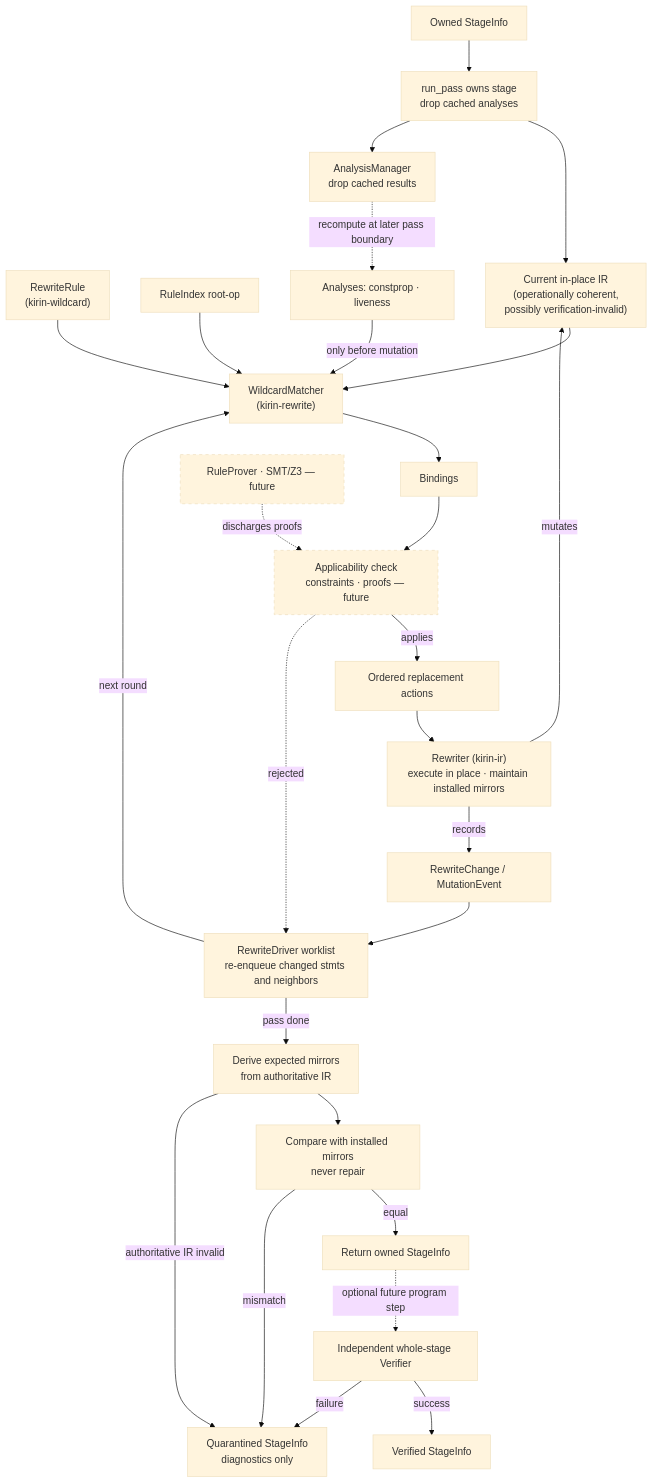
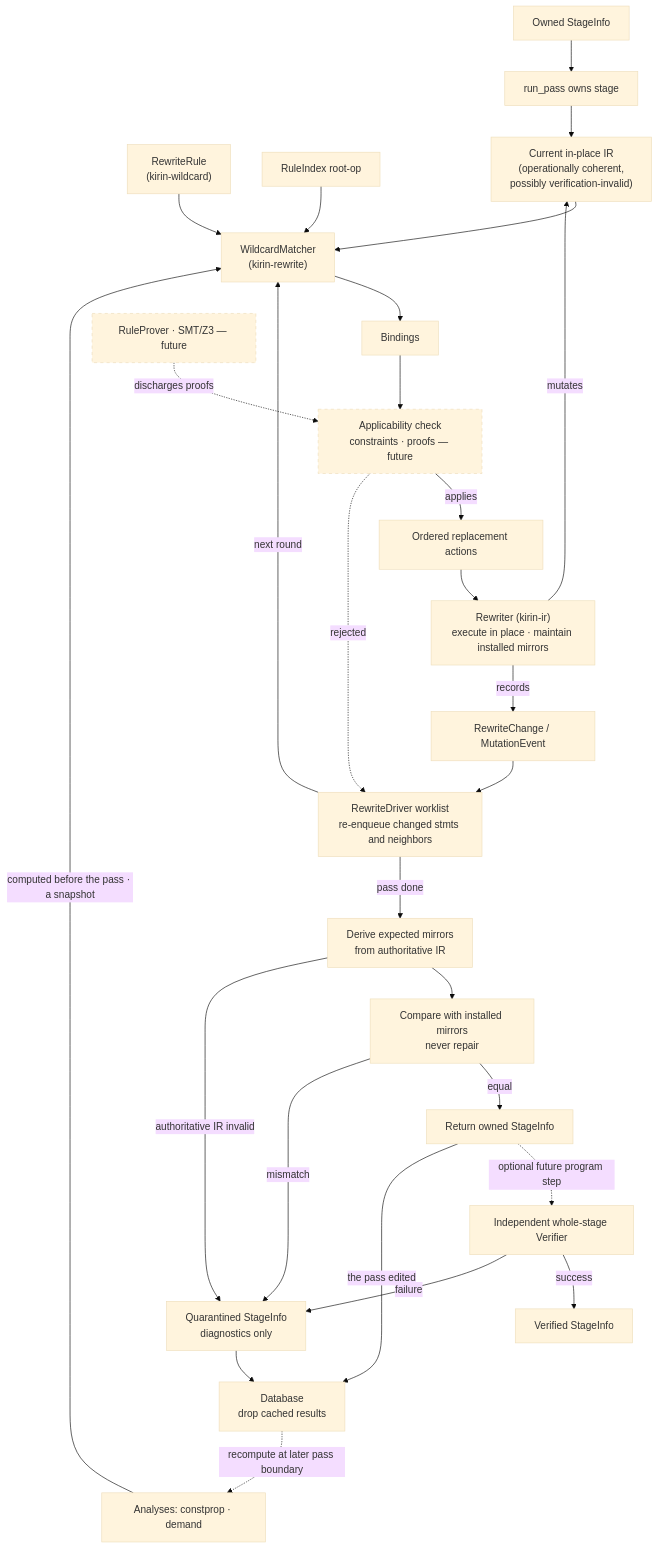
The second of 3 diagrams in docs/design/rewrite-engine.md (QuEraComputing/kirin), drawn with Mermaid (base theme) before and after one commit. The commit also changed other lines of this file, not shown here.

Commit message:
docs(rewrite): describe the analysis database in the rewrite engine design

````diff
--- a/docs/design/rewrite-engine.md
+++ b/docs/design/rewrite-engine.md
@@ -164,32 +165,33 @@
 ```mermaid
 flowchart TB
-  PUB["Owned StageInfo"] --> OWN["run_pass owns stage<br/>drop cached analyses"]
+  PUB["Owned StageInfo"] --> OWN["run_pass owns stage"]
   RR["RewriteRule<br/>(kirin-wildcard)"] --> M["WildcardMatcher<br/>(kirin-rewrite)"]
   RI["RuleIndex root-op"] --> M
   OWN --> IRIN["Current in-place IR<br/>(operationally coherent,<br/>possibly verification-invalid)"]
   IRIN --> M
   M --> B["Bindings"]
   B --> CHK["Applicability check<br/>constraints · proofs — future"]
   CHK -->|applies| ACT["Ordered replacement actions"]
   CHK -.->|rejected| DRV
   ACT --> RW["Rewriter (kirin-ir)<br/>execute in place · maintain installed mirrors"]
   RW -->|mutates| IRIN
   RW -->|records| EV["RewriteChange / MutationEvent"]
   EV --> DRV["RewriteDriver worklist<br/>re-enqueue changed stmts and neighbors"]
   DRV -->|next round| M
   DRV -->|pass done| DER["Derive expected mirrors<br/>from authoritative IR"]
   DER --> CMP["Compare with installed mirrors<br/>never repair"]
   CMP -->|equal| OUT["Return owned StageInfo"]
   DER -->|authoritative IR invalid| ABT["Quarantined StageInfo<br/>diagnostics only"]
   CMP -->|mismatch| ABT
   OUT -.->|optional future program step| VER["Independent whole-stage Verifier"]
   VER -->|success| VOUT["Verified StageInfo"]
   VER -->|failure| ABT
-  OWN --> AM["AnalysisManager<br/>drop cached results"]
-  ANA["Analyses: constprop · liveness"] -->|only before mutation| M
+  OUT -->|the pass edited| AM["Database<br/>drop cached results"]
+  ABT --> AM
+  ANA["Analyses: constprop · demand"] -->|computed before the pass · a snapshot| M
   AM -.->|recompute at later pass boundary| ANA
   RB["RuleProver · SMT/Z3 — future"] -.->|discharges proofs| CHK
 
   style CHK stroke-dasharray: 5 5
   style RB stroke-dasharray: 5 5
 ```
````
